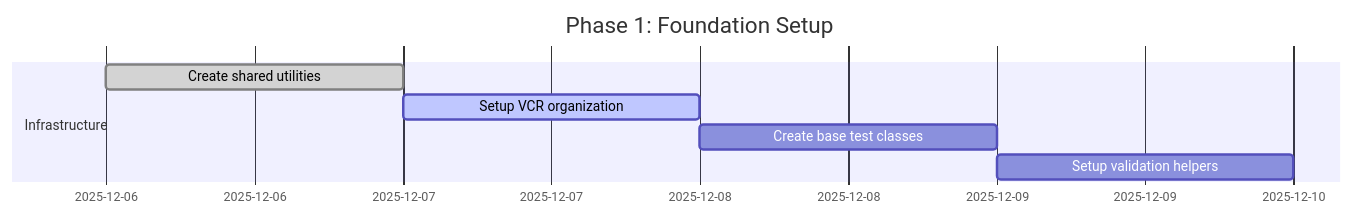
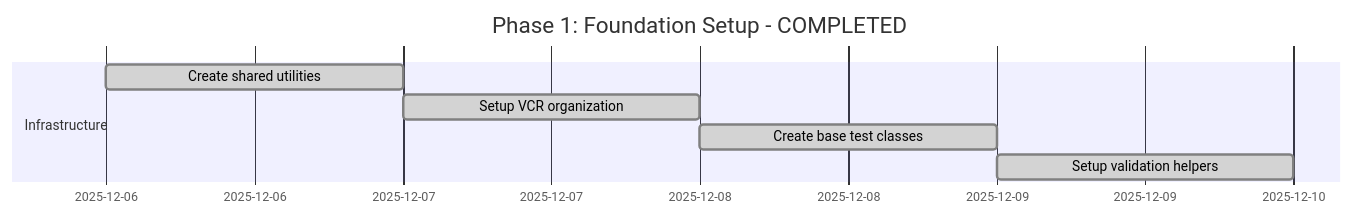
The first of 4 diagrams in workflow/integration_tests_refactor_plan.md (plataplomo/hummingbot), drawn with Mermaid before and after one commit. The commit also changed other lines of this file and 101 other files, not shown here.

````diff
--- a/workflow/integration_tests_refactor_plan.md
+++ b/workflow/integration_tests_refactor_plan.md
@@ -448,10 +481,10 @@
 ```mermaid
 gantt
-    title Phase 1: Foundation Setup
+    title Phase 1: Foundation Setup - COMPLETED
     dateFormat  YYYY-MM-DD
     section Infrastructure
     Create shared utilities     :done, 2025-12-06, 1d
-    Setup VCR organization     :active, 2025-12-07, 1d
-    Create base test classes   :2025-12-08, 1d
-    Setup validation helpers   :2025-12-09, 1d
+    Setup VCR organization     :done, 2025-12-07, 1d
+    Create base test classes   :done, 2025-12-08, 1d
+    Setup validation helpers   :done, 2025-12-09, 1d
 ```
````
